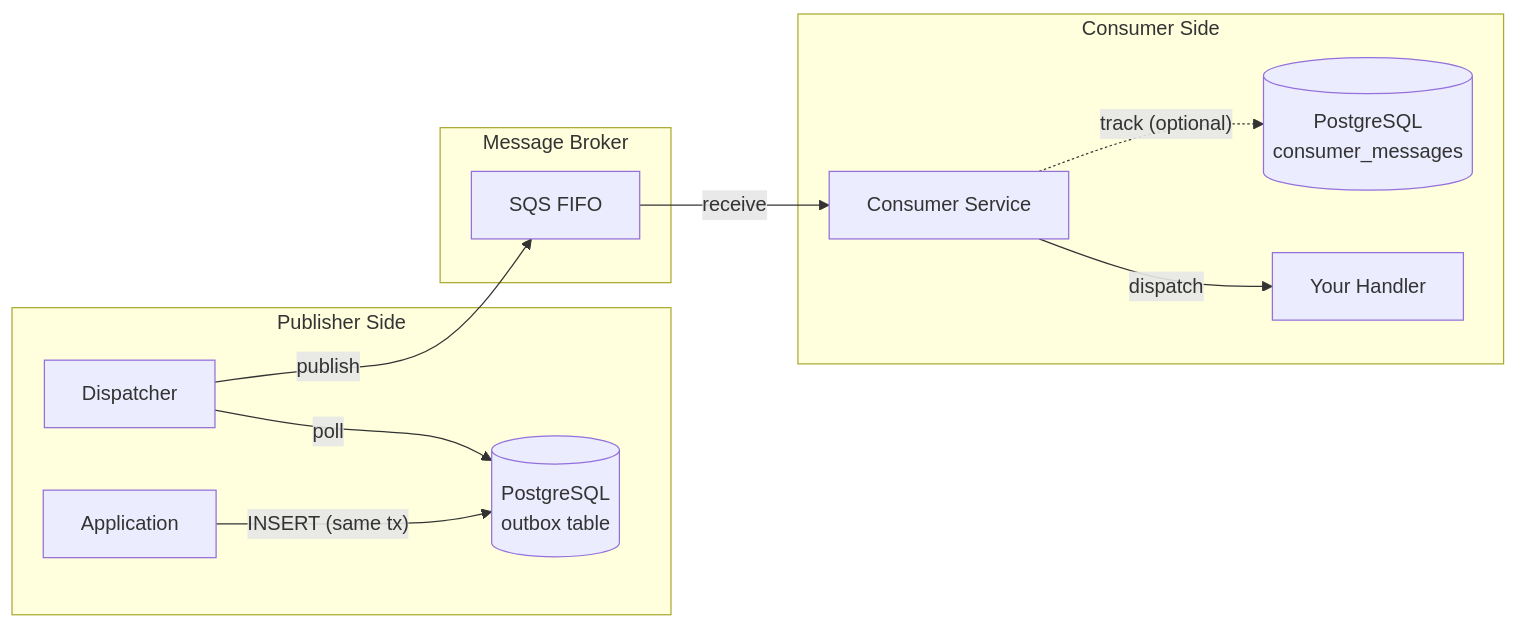
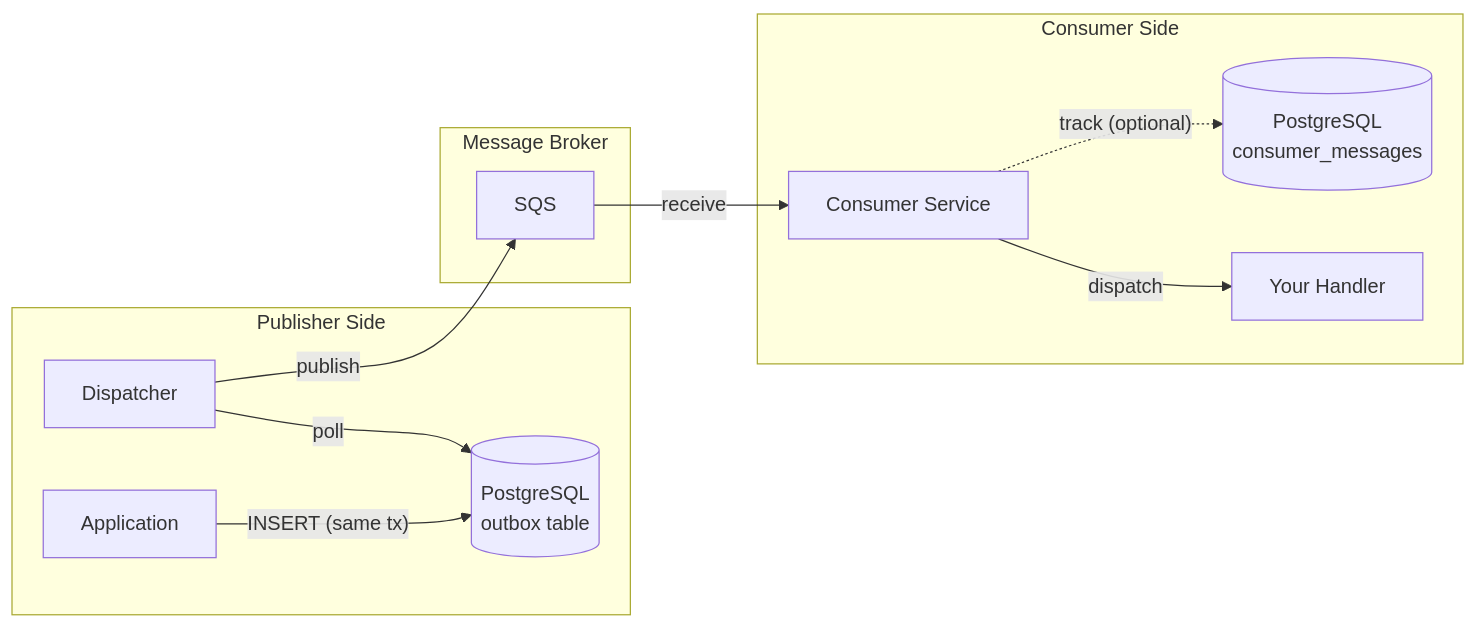
Before and after one commit to hacomono-lib/o4x: the first of 3 diagrams in README.md, drawn with Mermaid. The commit also changed 1 other file, not shown here.

Commit message:
docs: update README and ADR.md to reflect support for both SQS Standard and FIFO queues, enhancing clarity on usage scenarios and decision rationale.

````diff
--- a/README.md
+++ b/README.md
@@ -40,25 +40,25 @@
 ```mermaid
 flowchart LR
     subgraph Publisher Side
         App[Application]
         DB[(PostgreSQL<br/>outbox table)]
         Dispatcher[Dispatcher]
     end
 
     subgraph Message Broker
-        SQS[SQS FIFO]
+        SQS[SQS]
     end
 
     subgraph Consumer Side
         Consumer[Consumer Service]
         CDB[(PostgreSQL<br/>consumer_messages)]
         Handler[Your Handler]
     end
 
     App -->|"INSERT (same tx)"| DB
     Dispatcher -->|poll| DB
     Dispatcher -->|publish| SQS
     SQS -->|receive| Consumer
     Consumer -.->|"track (optional)"| CDB
     Consumer -->|dispatch| Handler
 ```
````
